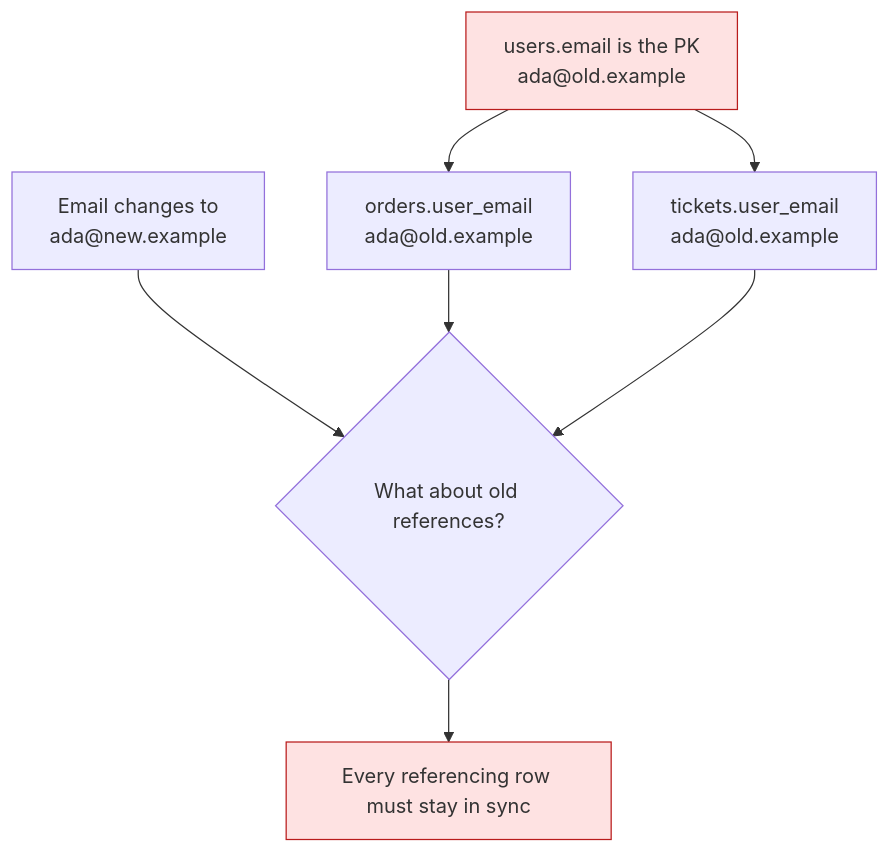
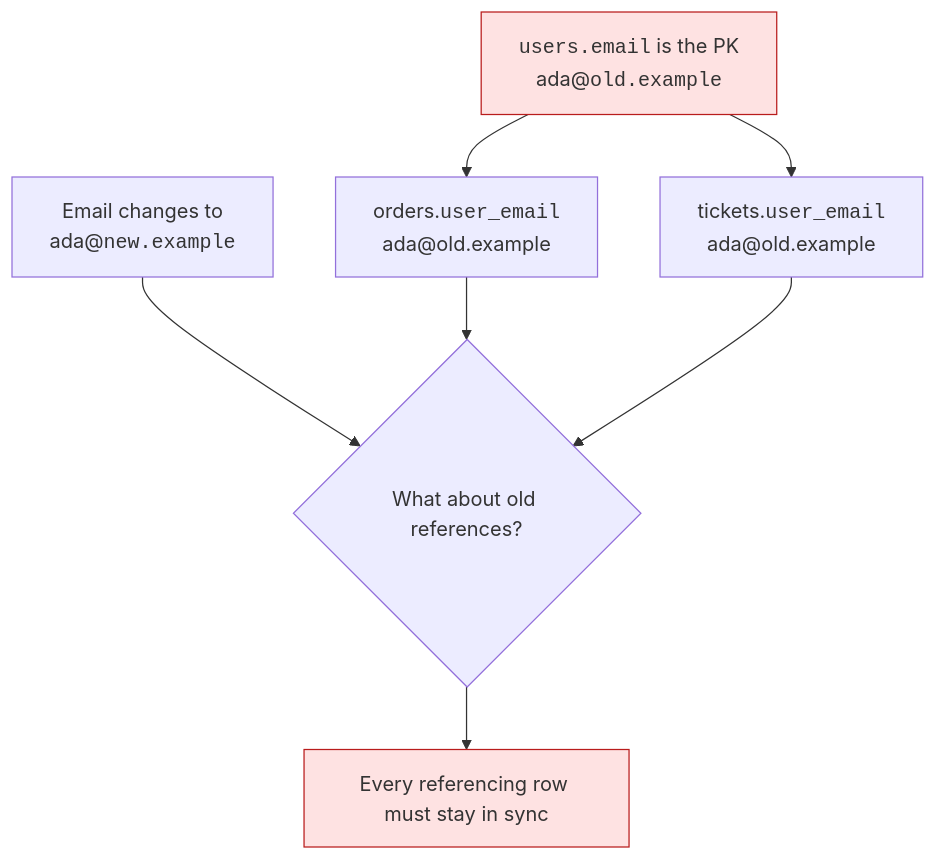
The fourth of 7 diagrams in content/learn/database-design-postgresql/natural-vs-surrogate-keys.mdx (dataslope/dataslope), drawn with Mermaid before and after one commit. The commit also changed other lines of this file and 218 other files, not shown here.

First line of the commit message:
Render code-only mermaid shapes in monospace; convert step sequences to Steps (#467)

````diff
--- a/content/learn/database-design-postgresql/natural-vs-surrogate-keys.mdx
+++ b/content/learn/database-design-postgresql/natural-vs-surrogate-keys.mdx
@@ -141,10 +141,10 @@
 ```mermaid
 flowchart TB
-    A["users.email is the PK<br/>ada@old.example"]:::bad --> B["orders.user_email<br/>ada@old.example"]
-    A --> C["tickets.user_email<br/>ada@old.example"]
-    D["Email changes to<br/>ada@new.example"] --> E{"What about old references?"}
+    A["<code>users.email</code> is the PK<br/>ada@<code>old.example</code>"]:::bad --> B["orders.<code>user_email</code><br/>ada@old.example"]
+    A --> C["tickets.<code>user_email</code><br/>ada@old.example"]
+    D["Email changes to<br/>ada@<code>new.example</code>"] --> E{"What about old references?"}
     B --> E
     C --> E
     E --> F["Every referencing row must stay in sync"]:::bad
     classDef bad fill:#fee2e2,stroke:#b91c1c
 ```
````
